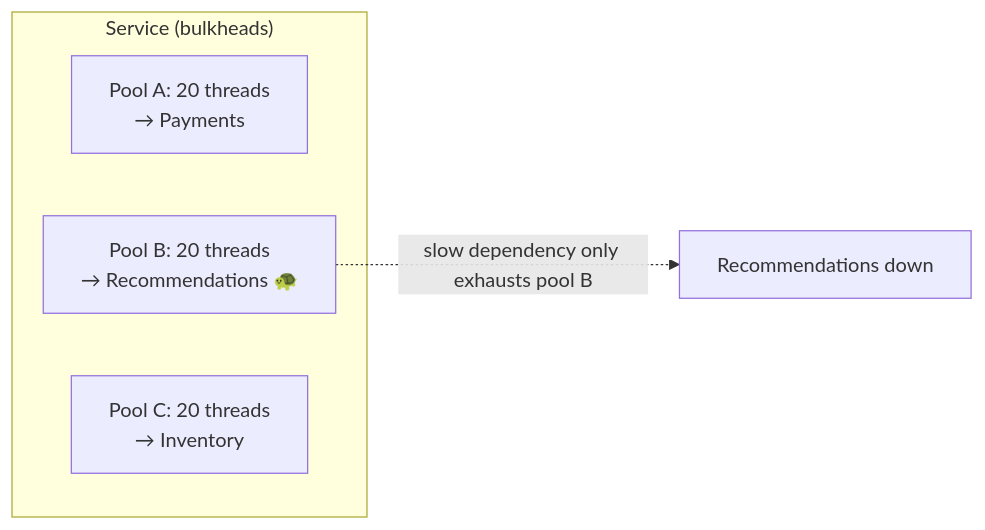
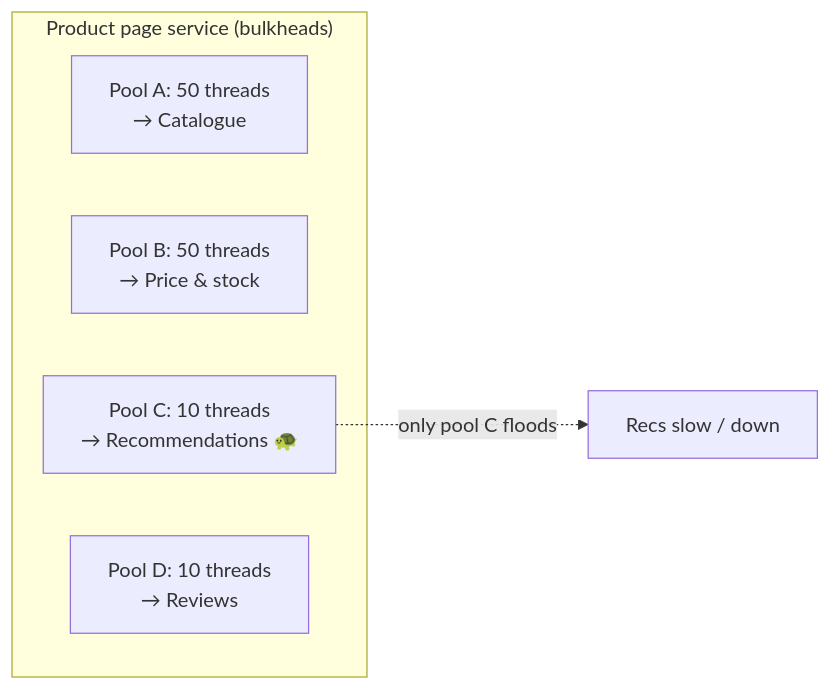
Before and after one commit to winnyboy5/System-Design-from-Atoms: the second of 2 diagrams in phases/08-reliability-ops/064-circuit-breakers-and-bulkheads.md, drawn with Mermaid. The commit also changed other lines of this file and 9 other files, not shown here.

````diff
--- a/phases/08-reliability-ops/064-circuit-breakers-and-bulkheads.md
+++ b/phases/08-reliability-ops/064-circuit-breakers-and-bulkheads.md
@@ -35,9 +46,10 @@
 ```mermaid
 flowchart LR
-    subgraph Svc["Service (bulkheads)"]
-        P1["Pool A: 20 threads<br/>→ Payments"]
-        P2["Pool B: 20 threads<br/>→ Recommendations 🐢"]
-        P3["Pool C: 20 threads<br/>→ Inventory"]
+    subgraph Svc["Product page service (bulkheads)"]
+        P1["Pool A: 50 threads<br/>→ Catalogue"]
+        P2["Pool B: 50 threads<br/>→ Price & stock"]
+        P3["Pool C: 10 threads<br/>→ Recommendations 🐢"]
+        P4["Pool D: 10 threads<br/>→ Reviews"]
     end
-    P2 -. "slow dependency only exhausts pool B" .-> X["Recommendations down"]
+    P3 -. "only pool C floods" .-> X["Recs slow / down"]
 ```
````
